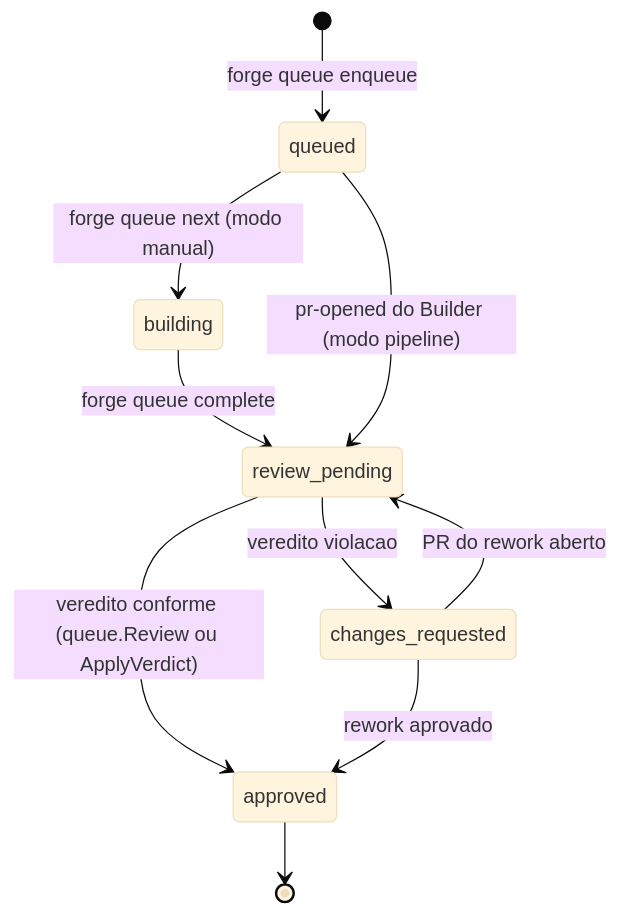
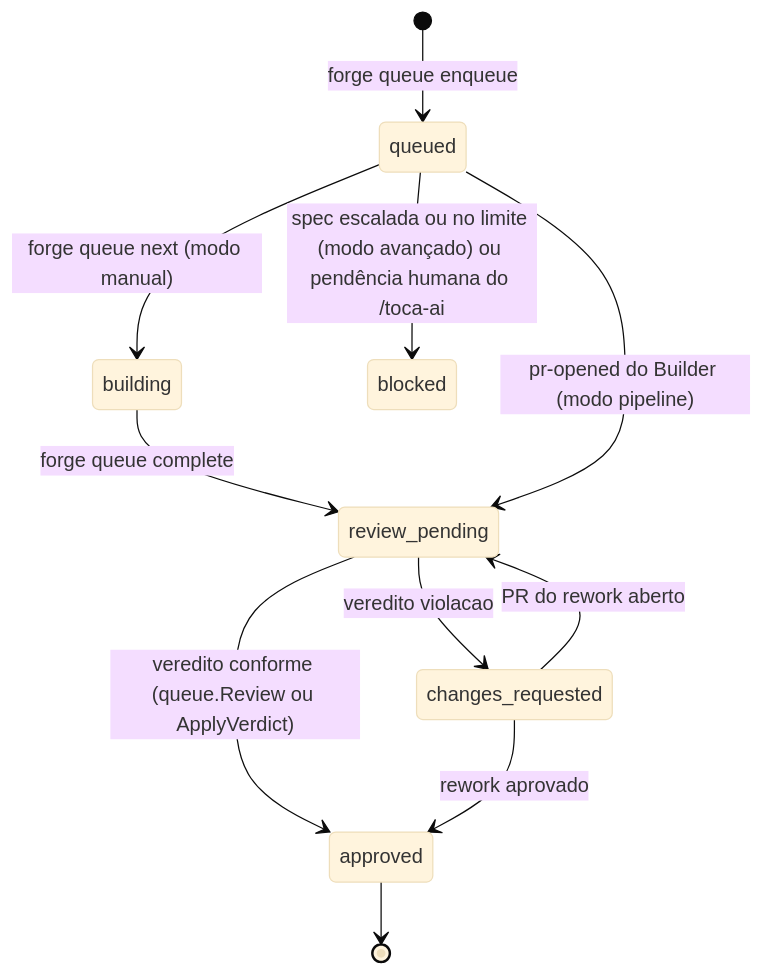
One commit to nathanramorim/forge-sdd changed the third of 9 diagrams in sdd/spec/flows.md. Above: the diagram before and after it, drawn with Mermaid (base theme). The commit also changed other lines of this file and 7 other files, not shown here.

````diff
--- a/sdd/spec/flows.md
+++ b/sdd/spec/flows.md
@@ -60,12 +63,13 @@
 ```mermaid
 stateDiagram-v2
     [*] --> queued: forge queue enqueue
     queued --> building: forge queue next (modo manual)
     building --> review_pending: forge queue complete
     queued --> review_pending: pr-opened do Builder (modo pipeline)
     review_pending --> approved: veredito conforme (queue.Review ou ApplyVerdict)
+    queued --> blocked: spec escalada ou no limite (modo avançado) ou pendência humana do /toca-ai
     review_pending --> changes_requested: veredito violacao
     changes_requested --> review_pending: PR do rework aberto
     changes_requested --> approved: rework aprovado
     approved --> [*]
 ```
````
